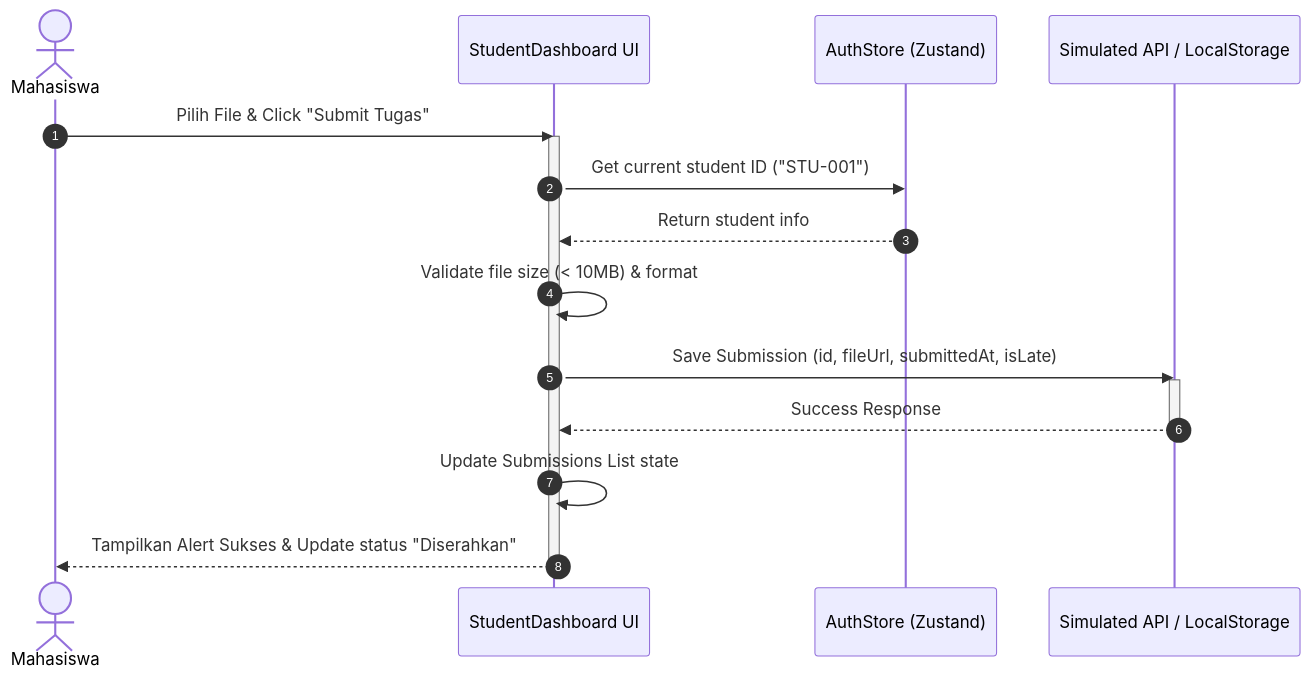
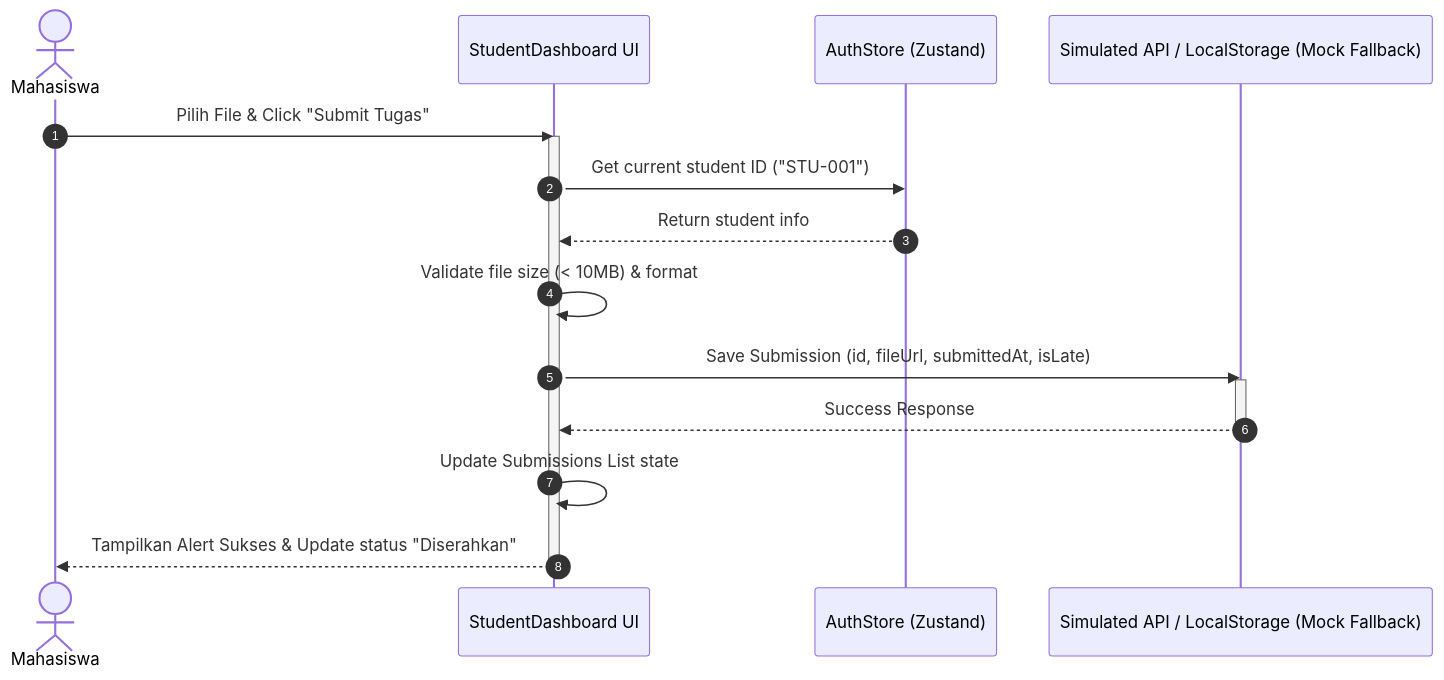
The third of 4 diagrams in docs/04_srs.md (Alfaturachman/kulino-lms), drawn with Mermaid before and after one commit. The commit also changed other lines of this file and 15 other files, not shown here.

````diff
--- a/docs/04_srs.md
+++ b/docs/04_srs.md
@@ -298,21 +337,21 @@
 ```mermaid
 sequenceDiagram
     autonumber
     actor M as Mahasiswa
     participant V as StudentDashboard UI
     participant S as AuthStore (Zustand)
-    participant API as Simulated API / LocalStorage
+    participant API as Simulated API / LocalStorage (Mock Fallback)
 
     M->>V: Pilih File & Click "Submit Tugas"
     activate V
     V->>S: Get current student ID ("STU-001")
     S-->>V: Return student info
     V->>V: Validate file size (< 10MB) & format
     V->>API: Save Submission (id, fileUrl, submittedAt, isLate)
     activate API
     API-->>V: Success Response
     deactivate API
     V->>V: Update Submissions List state
     V-->>M: Tampilkan Alert Sukses & Update status "Diserahkan"
     deactivate V
 ```
````
